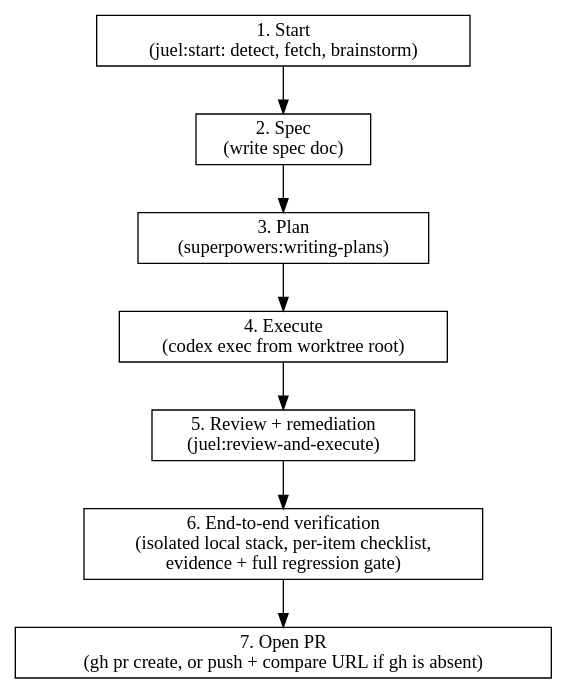
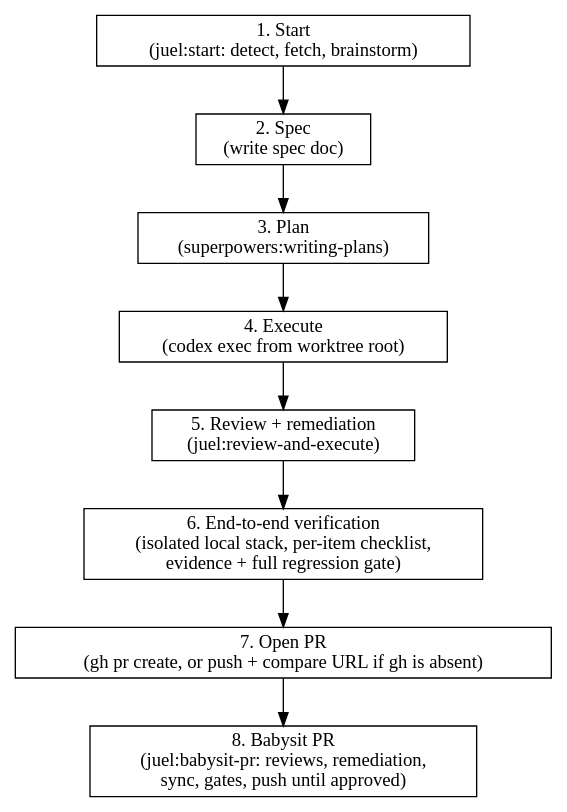
The diagram in skills/ship-ticket/SKILL.md (jrsgacusan/juel-claude), drawn with Graphviz before and after one commit. The commit also changed other lines of this file and 3 other files, not shown here.

````diff
--- a/skills/ship-ticket/SKILL.md
+++ b/skills/ship-ticket/SKILL.md
@@ -262,13 +267,14 @@
 ```dot
 digraph flow {
     rankdir=TB; node [shape=box];
     p1 [label="1. Start\n(juel:start: detect, fetch, brainstorm)"];
     p2 [label="2. Spec\n(write spec doc)"];
     p3 [label="3. Plan\n(superpowers:writing-plans)"];
     p4 [label="4. Execute\n(codex exec from worktree root)"];
     p5 [label="5. Review + remediation\n(juel:review-and-execute)"];
     p6 [label="6. End-to-end verification\n(isolated local stack, per-item checklist,\nevidence + full regression gate)"];
     p7 [label="7. Open PR\n(gh pr create, or push + compare URL if gh is absent)"];
-    p1 -> p2 -> p3 -> p4 -> p5 -> p6 -> p7;
+    p8 [label="8. Babysit PR\n(juel:babysit-pr: reviews, remediation,\nsync, gates, push until approved)"];
+    p1 -> p2 -> p3 -> p4 -> p5 -> p6 -> p7 -> p8;
 }
 ```
````
